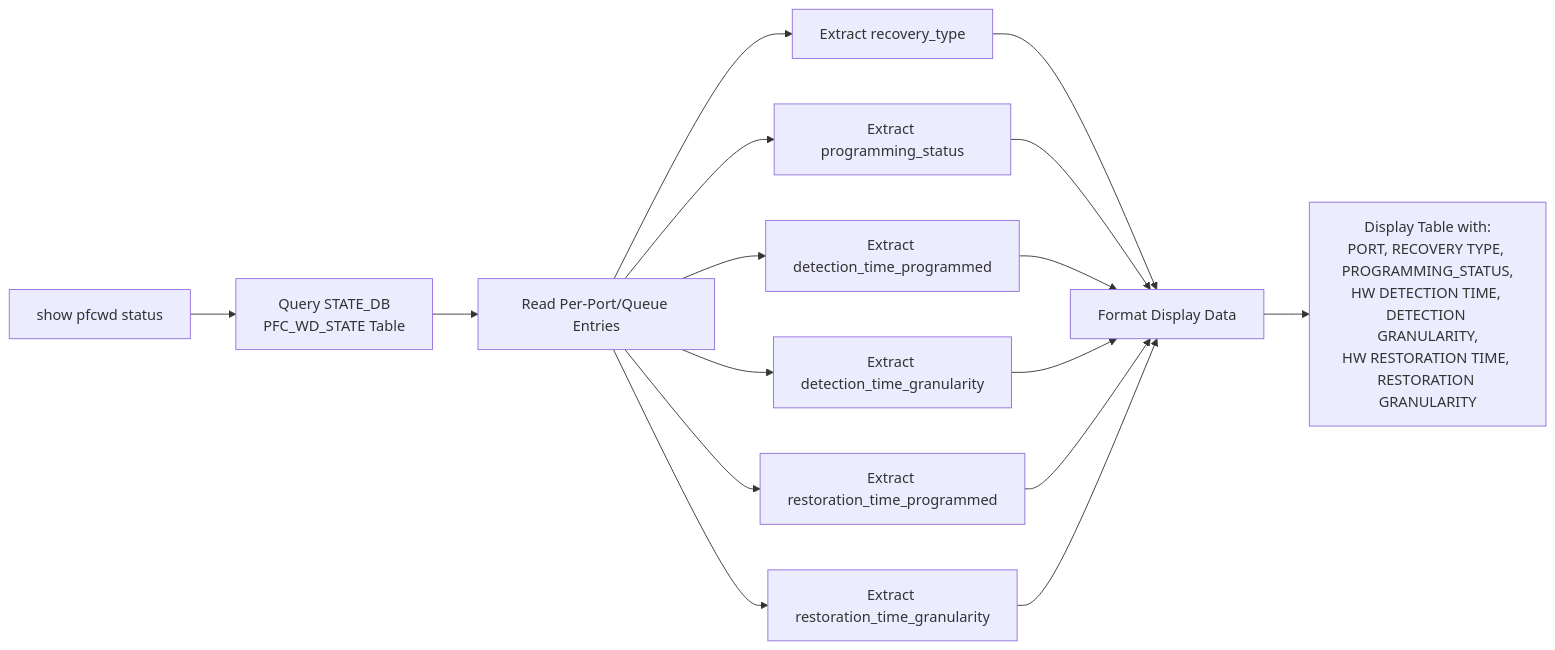
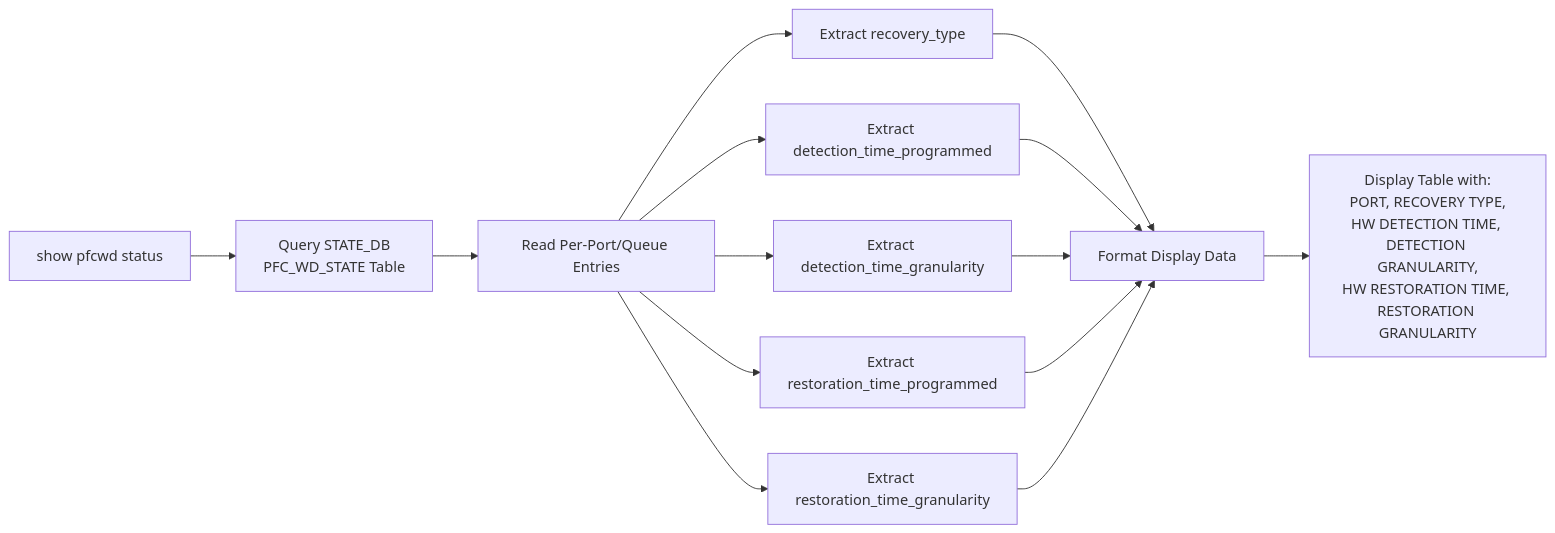
One commit to sonic-net/SONiC changed the third of 3 diagrams in doc/pfcwd/pfc_hardware_recovery_hld.md. Above: the diagram before and after it, drawn with Mermaid. The commit also changed other lines of this file, not shown here.

````diff
--- a/doc/pfcwd/pfc_hardware_recovery_hld.md
+++ b/doc/pfcwd/pfc_hardware_recovery_hld.md
@@ -317,22 +396,20 @@
 ```mermaid
 flowchart LR
     A[show pfcwd status] --> B[Query STATE_DB<br/>PFC_WD_STATE Table]
 
     B --> C[Read Per-Port/Queue Entries]
 
     C --> D[Extract recovery_type]
-    C --> E[Extract programming_status]
-    C --> F[Extract detection_time_programmed]
-    C --> G[Extract detection_time_granularity]
-    C --> H[Extract restoration_time_programmed]
-    C --> I[Extract restoration_time_granularity]
+    C --> E[Extract detection_time_programmed]
+    C --> F[Extract detection_time_granularity]
+    C --> G[Extract restoration_time_programmed]
+    C --> H[Extract restoration_time_granularity]
 
     D --> L[Format Display Data]
     E --> L
     F --> L
     G --> L
     H --> L
-    I --> L
 
-    L --> M[Display Table with:<br/>PORT, RECOVERY TYPE, PROGRAMMING_STATUS,<br/>HW DETECTION TIME, DETECTION GRANULARITY,<br/>HW RESTORATION TIME, RESTORATION GRANULARITY]
+    L --> M[Display Table with:<br/>PORT, RECOVERY TYPE,<br/>HW DETECTION TIME, DETECTION GRANULARITY,<br/>HW RESTORATION TIME, RESTORATION GRANULARITY]
 ```
````
